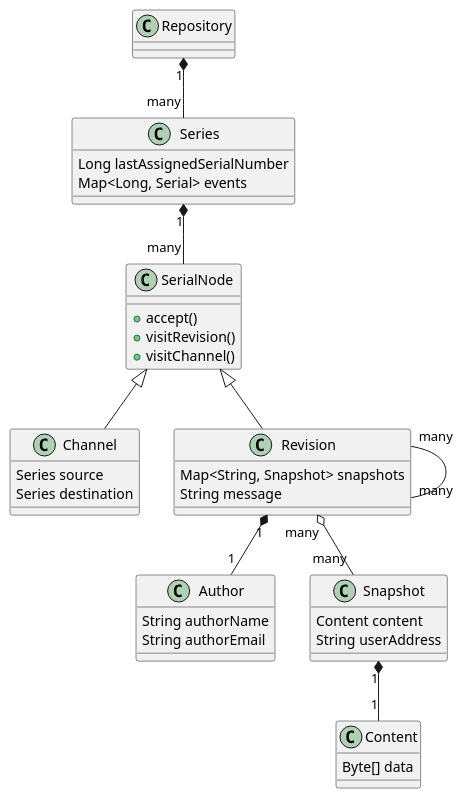
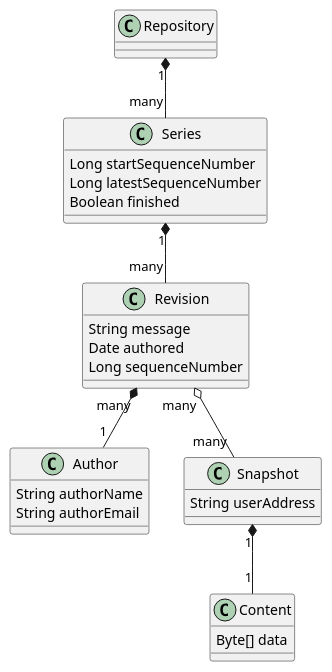
One commit to djhaskin987/methuselah changed the diagram in classes.plantuml. Above: the diagram before and after it, drawn with PlantUML. The commit also changed 1 other file, not shown here.

```diff
--- a/classes.plantuml
+++ b/classes.plantuml
@@ -1,43 +1,32 @@
 @startuml Methuselah Model
-class Channel {
-    Series source
-    Series destination
-}
 class Series {
-    Long lastAssignedSerialNumber
-    Map<Long, Serial> events
-}
-class Revision {
-    Map<String, Snapshot> snapshots
-    String message
+    Long startSequenceNumber
+    Long latestSequenceNumber
+    Boolean finished
 }
 class Author {
     String authorName
     String authorEmail
 }
 class Snapshot {
-    Content content
     String userAddress
 }
 class Content {
     Byte[] data
 }
 class Repository
 
-class SerialNode {
-    +accept()
-    +visitRevision()
-    +visitChannel()
+class Revision {
+    String message
+    Date authored
+    Long sequenceNumber
 }
 
-class Revision extends SerialNode
-class Channel extends SerialNode
 
 Repository "1" *-- "many" Series
 Revision "many" o-- "many" Snapshot
-Revision "many" -- "many" Revision
-Revision "1" *-- "1" Author
-Series "1" *-- "many" SerialNode
+Revision "many" *-- "1" Author
+Series "1" *-- "many" Revision
 Snapshot "1" *-- "1" Content
 
 @enduml
```
